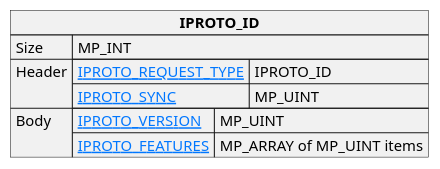
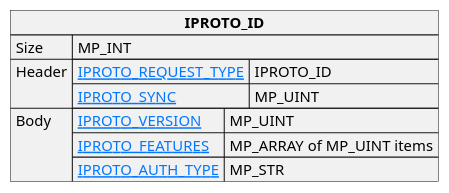
Before and after one commit to tarantool/doc: the diagram in doc/dev_guide/internals/iproto/images/id.puml, drawn with PlantUML. The commit also changed 2 other files, not shown here.

Commit message:
Document IPROTO_AUTH_TYPE

```diff
--- a/doc/dev_guide/internals/iproto/images/id.puml
+++ b/doc/dev_guide/internals/iproto/images/id.puml
@@ -1,22 +1,23 @@
 @startuml
 
 skinparam {
     HyperlinkColor #0077FF
     FontColor #313131
     BorderColor #313131
     BackgroundColor transparent
 }
 
 json "**IPROTO_ID**" as id_request {
     "Size": "MP_INT",
     "Header": {
       "[[https://tarantool.io/en/doc/latest/dev_guide/internals/iproto/keys IPROTO_REQUEST_TYPE]]": "IPROTO_ID",
       "[[https://tarantool.io/en/doc/latest/dev_guide/internals/iproto/keys IPROTO_SYNC]]": "MP_UINT"
     },
     "Body": {
       "[[https://tarantool.io/en/doc/latest/dev_guide/internals/iproto/keys IPROTO_VERSION]]": "MP_UINT",
-      "[[https://tarantool.io/en/doc/latest/dev_guide/internals/iproto/keys IPROTO_FEATURES]]": "MP_ARRAY of MP_UINT items"
+      "[[https://tarantool.io/en/doc/latest/dev_guide/internals/iproto/keys IPROTO_FEATURES]]": "MP_ARRAY of MP_UINT items",
+      "[[https://tarantool.io/en/doc/latest/dev_guide/internals/iproto/keys IPROTO_AUTH_TYPE]]": "MP_STR"
     }
 }
 
 @enduml
```
